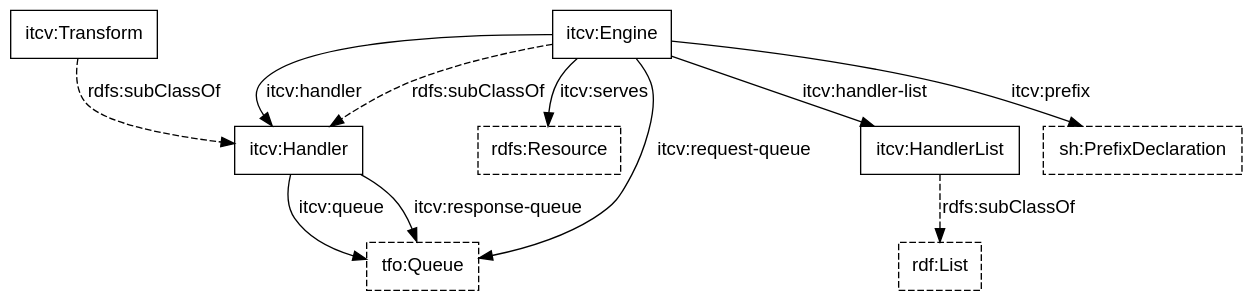
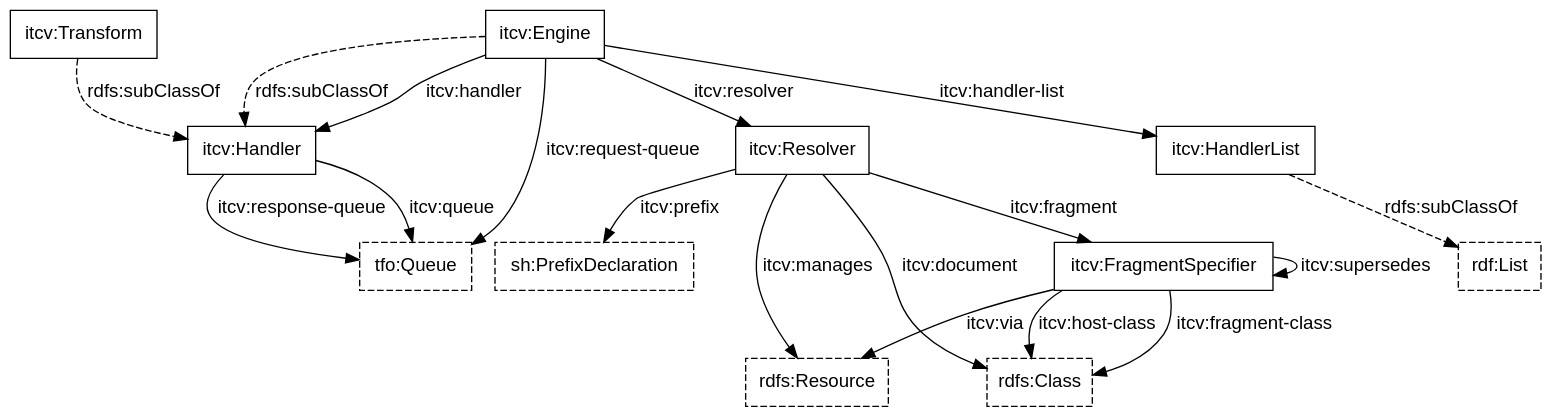
The diagram in intertwingler-classes.dot (doriantaylor/owl-intertwingler-vocab), drawn with Graphviz before and after one commit. The commit also changed 3 other files, not shown here.

```diff
--- a/intertwingler-classes.dot
+++ b/intertwingler-classes.dot
@@ -1,43 +1,53 @@
 digraph {
     graph [bgcolor=transparent];
     node [shape=box,color="#000000",fontcolor="#000000",fontname="Lucida Grande, Lucida Sans Unicode, sans-serif"];
     edge [color="#000000",fontcolor="#000000",fontname="Lucida Grande, Lucida Sans Unicode, sans-serif"];
 
 
     // third-party stuff
 
     subgraph {
         node [style=dashed];
         rdfs_Resource [label="rdfs:Resource", target="_parent", href="https://www.w3.org/TR/rdf-schema/#ch_resource"];
+        rdfs_Class [label="rdfs:Class", target="_parent", href="https://www.w3.org/TR/rdf-schema/#ch_class"];
         rdf_List [label="rdf:List", target="_parent", href="https://www.w3.org/TR/rdf-schema/#ch_list"];
         sh_PrefixDeclaration [label="sh:PrefixDeclaration", target="_parent", href="https://www.w3.org/TR/shacl/#sparql-prefixes"];
         tfo_Queue [label="tfo:Queue", target="_parent", href="https://vocab.methodandstructure.com/transformation#Queue"];
     }
 
     // our classes
 
     itcv_Handler [label="itcv:Handler", target="_parent", href="https://vocab.methodandstructure.com/intertwingler#Handler"];
+    itcv_Resolver [label="itcv:Resolver", target="_parent", href="https://vocab.methodandstructure.com/intertwingler#Resolver"];
+    itcv_FragmentSpecifier [label="itcv:FragmentSpecifier", target="_parent", href="https://vocab.methodandstructure.com/intertwingler#FragmentSpecifier"];
     itcv_Engine [label="itcv:Engine", target="_parent", href="https://vocab.methodandstructure.com/intertwingler#Engine"];
     itcv_Transform [label="itcv:Transform", target="_parent", href="https://vocab.methodandstructure.com/intertwingler#Transform"];
     itcv_HandlerList [label="itcv:HandlerList", target="_parent", href="https://vocab.methodandstructure.com/intertwingler#HandlerList"];
 
     // subclass relations
 
     subgraph {
         edge [style=dashed, label="rdfs:subClassOf"];
 
-        itcv_Engine    -> itcv_Handler;
-        itcv_Transform -> itcv_Handler;
+        itcv_Engine      -> itcv_Handler;
+        itcv_Transform   -> itcv_Handler;
         itcv_HandlerList -> rdf_List;
     }
 
     // main relations
 
-    itcv_Engine  -> rdfs_Resource [label="itcv:serves"];
-    itcv_Engine  -> sh_PrefixDeclaration [label="itcv:prefix"];
-    itcv_Engine  -> itcv_Handler [label="itcv:handler"];
-    itcv_Engine  -> itcv_HandlerList [label="itcv:handler-list"];
-    itcv_Engine  -> tfo_Queue [label="itcv:request-queue"];
-    itcv_Handler -> tfo_Queue [label="itcv:response-queue"];
-    itcv_Handler -> tfo_Queue [label="itcv:queue"];
+    itcv_Resolver          -> rdfs_Resource [label="itcv:manages"];
+    itcv_Resolver          -> sh_PrefixDeclaration [label="itcv:prefix"];
+    itcv_Resolver          -> rdfs_Class [label="itcv:document"];
+    itcv_Resolver          -> itcv_FragmentSpecifier [label="itcv:fragment"];
+    itcv_FragmentSpecifier -> rdfs_Class [label="itcv:fragment-class"];
+    itcv_FragmentSpecifier -> rdfs_Class [label="itcv:host-class"];
+    itcv_FragmentSpecifier -> rdfs_Resource [label="itcv:via"];
+    itcv_FragmentSpecifier -> itcv_FragmentSpecifier [label="itcv:supersedes"];
+    itcv_Engine            -> itcv_Resolver [label="itcv:resolver"];
+    itcv_Engine            -> itcv_Handler [label="itcv:handler"];
+    itcv_Engine            -> itcv_HandlerList [label="itcv:handler-list"];
+    itcv_Engine            -> tfo_Queue [label="itcv:request-queue"];
+    itcv_Handler           -> tfo_Queue [label="itcv:response-queue"];
+    itcv_Handler           -> tfo_Queue [label="itcv:queue"];
 }
```
